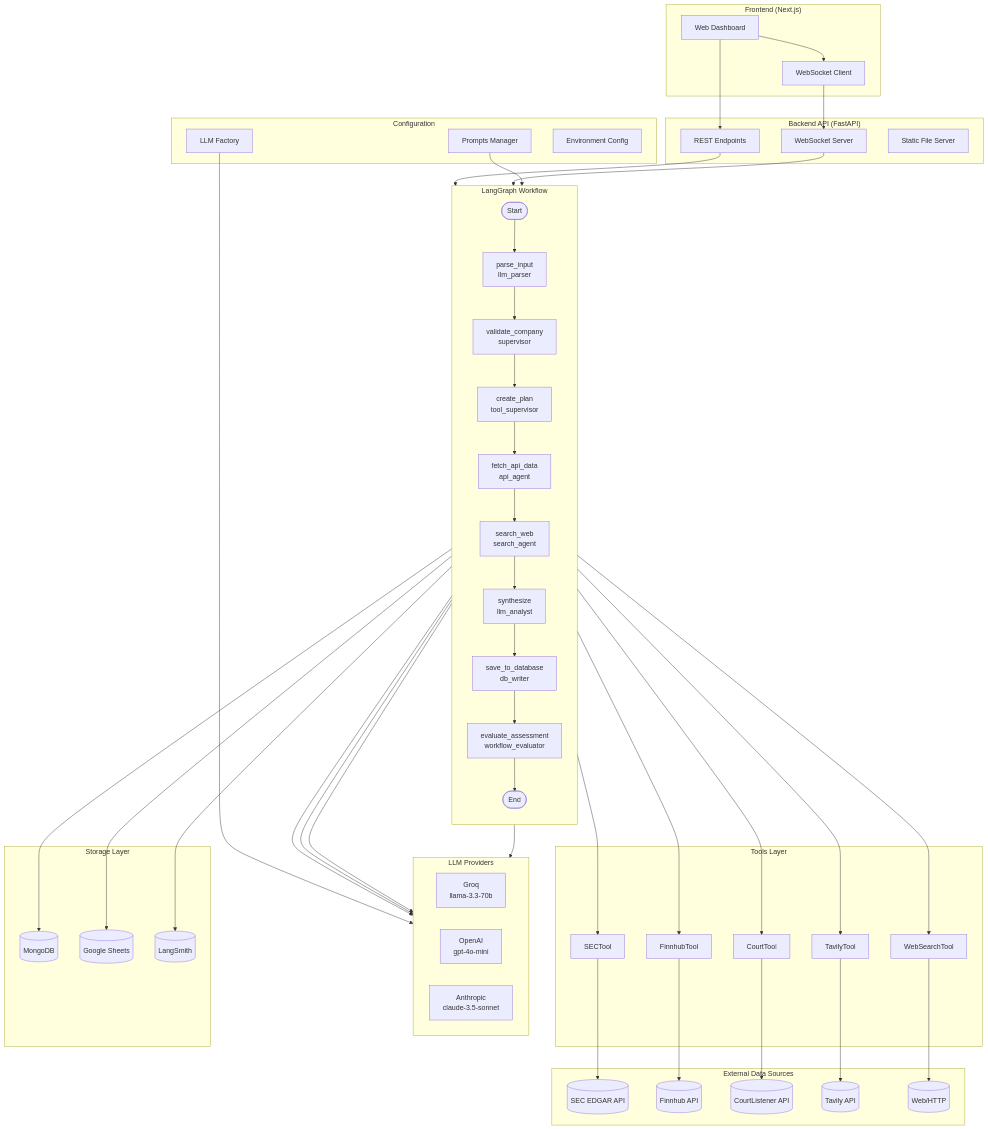
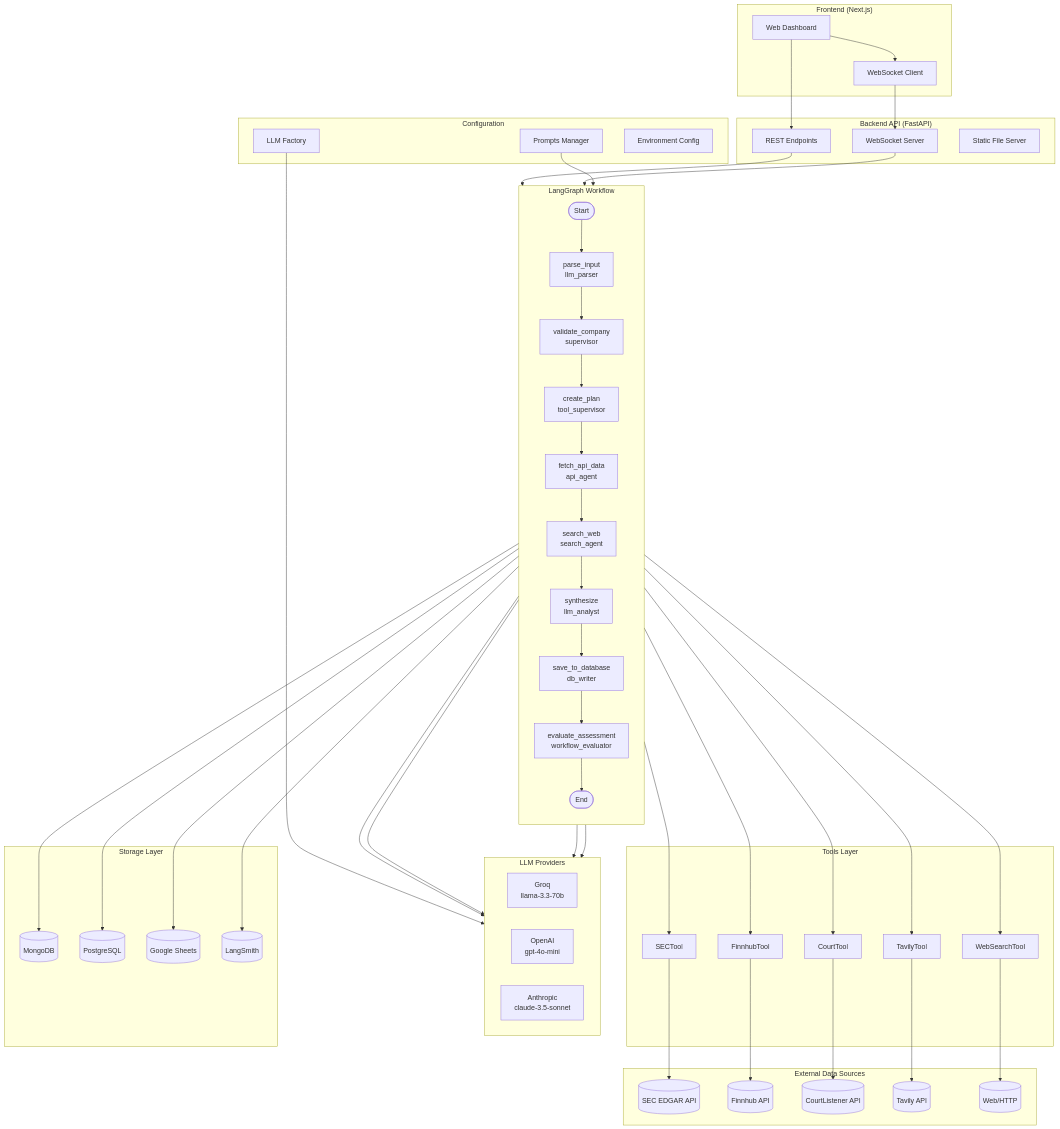
One commit to shahriarkasib/credit-intelligence changed the first of 6 diagrams in docs/ARCHITECTURE.md. Above: the diagram before and after it, drawn with Mermaid. The commit also changed other lines of this file, not shown here.

First line of the commit message:
Update architecture doc with PostgreSQL and complete ER diagram

```diff
--- a/docs/ARCHITECTURE.md
+++ b/docs/ARCHITECTURE.md
@@ -58,6 +58,7 @@
 
     subgraph Storage["Storage Layer"]
         MONGO[(MongoDB)]
+        POSTGRES[(PostgreSQL)]
         SHEETS[(Google Sheets)]
         LANGSMITH[(LangSmith)]
     end
@@ -99,6 +100,7 @@
 
     %% Workflow to Storage
     SAVE --> MONGO
+    Workflow --> POSTGRES
     Workflow --> SHEETS
     Workflow --> LANGSMITH
 
```
